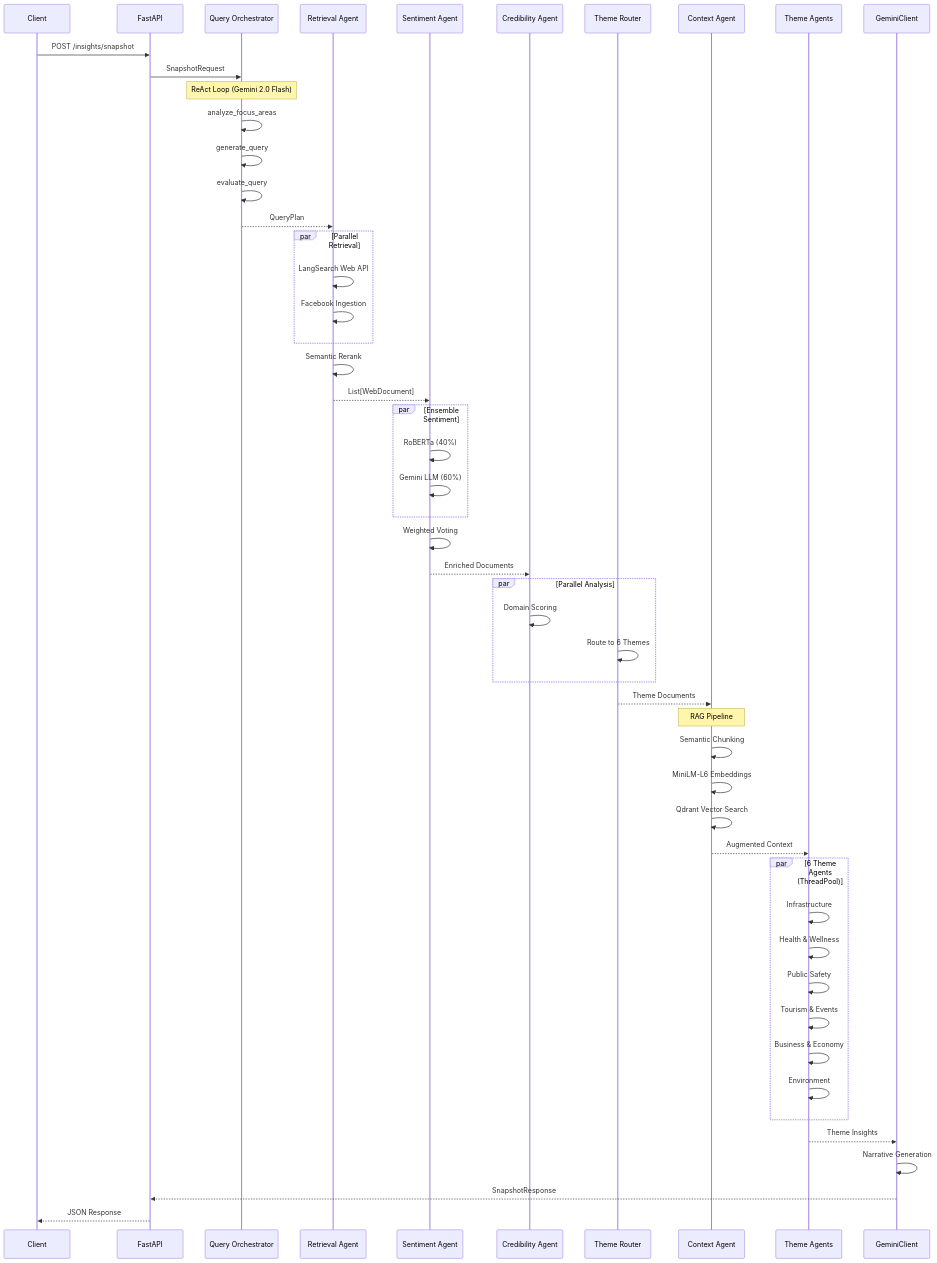
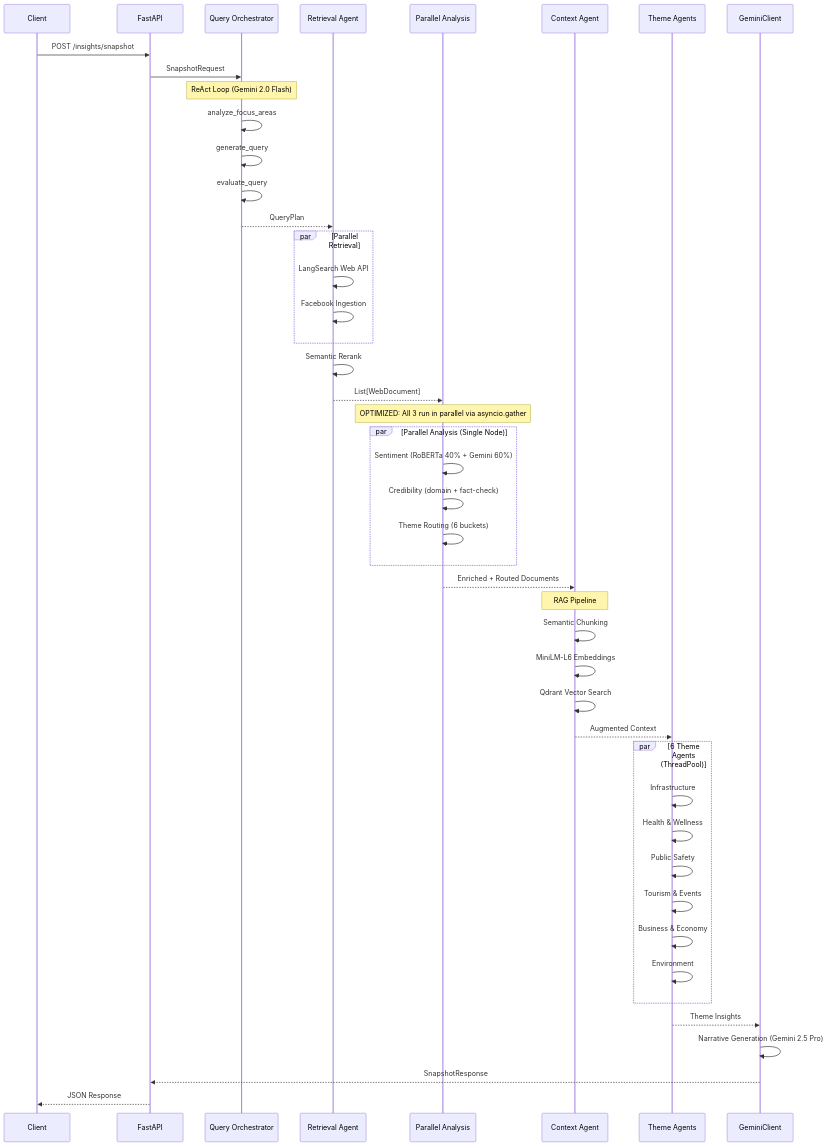
One commit to donyelqt/Hinaing changed the second of 3 diagrams in docs/ARCHITECTURE.md. Above: the diagram before and after it, drawn with Mermaid. The commit also changed other lines of this file and 15 other files, not shown here.

Commit message:
feat: Implement sentiment analysis and insight generation with Gemini NLP, AI agents, and a new frontend generator hook.

````diff
--- a/docs/ARCHITECTURE.md
+++ b/docs/ARCHITECTURE.md
@@ -102,63 +118,55 @@
 ```mermaid
 sequenceDiagram
     participant Client
     participant API as FastAPI
     participant QO as Query Orchestrator
     participant RA as Retrieval Agent
-    participant SA as Sentiment Agent
-    participant CA as Credibility Agent
-    participant TR as Theme Router
+    participant ANALYZE as Parallel Analysis
     participant CTX as Context Agent
     participant TA as Theme Agents
     participant GC as GeminiClient
 
     Client->>API: POST /insights/snapshot
     API->>QO: SnapshotRequest
     
     Note over QO: ReAct Loop (Gemini 2.0 Flash)
     QO->>QO: analyze_focus_areas
     QO->>QO: generate_query
     QO->>QO: evaluate_query
     QO-->>RA: QueryPlan
 
     par Parallel Retrieval
         RA->>RA: LangSearch Web API
         RA->>RA: Facebook Ingestion
     end
     RA->>RA: Semantic Rerank
-    RA-->>SA: List[WebDocument]
+    RA-->>ANALYZE: List[WebDocument]
 
-    par Ensemble Sentiment
-        SA->>SA: RoBERTa (40%)
-        SA->>SA: Gemini LLM (60%)
+    Note over ANALYZE: OPTIMIZED: All 3 run in parallel via asyncio.gather
+    par Parallel Analysis (Single Node)
+        ANALYZE->>ANALYZE: Sentiment (RoBERTa 40% + Gemini 60%)
+        ANALYZE->>ANALYZE: Credibility (domain + fact-check)
+        ANALYZE->>ANALYZE: Theme Routing (6 buckets)
     end
-    SA->>SA: Weighted Voting
-    SA-->>CA: Enriched Documents
-
-    par Parallel Analysis
-        CA->>CA: Domain Scoring
-        TR->>TR: Route to 6 Themes
-    end
-
-    TR-->>CTX: Theme Documents
+    ANALYZE-->>CTX: Enriched + Routed Documents
 
     Note over CTX: RAG Pipeline
     CTX->>CTX: Semantic Chunking
     CTX->>CTX: MiniLM-L6 Embeddings
     CTX->>CTX: Qdrant Vector Search
     CTX-->>TA: Augmented Context
 
     par 6 Theme Agents (ThreadPool)
         TA->>TA: Infrastructure
         TA->>TA: Health & Wellness
         TA->>TA: Public Safety
         TA->>TA: Tourism & Events
         TA->>TA: Business & Economy
         TA->>TA: Environment
     end
     TA-->>GC: Theme Insights
 
-    GC->>GC: Narrative Generation
+    GC->>GC: Narrative Generation (Gemini 2.5 Pro)
     GC-->>API: SnapshotResponse
     API-->>Client: JSON Response
 ```
````
